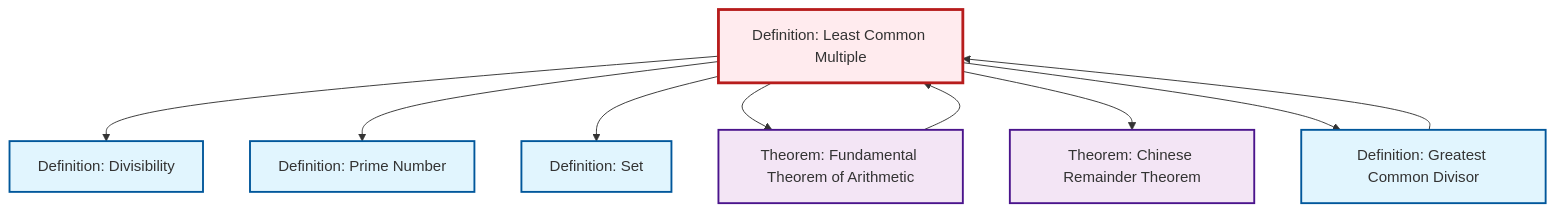
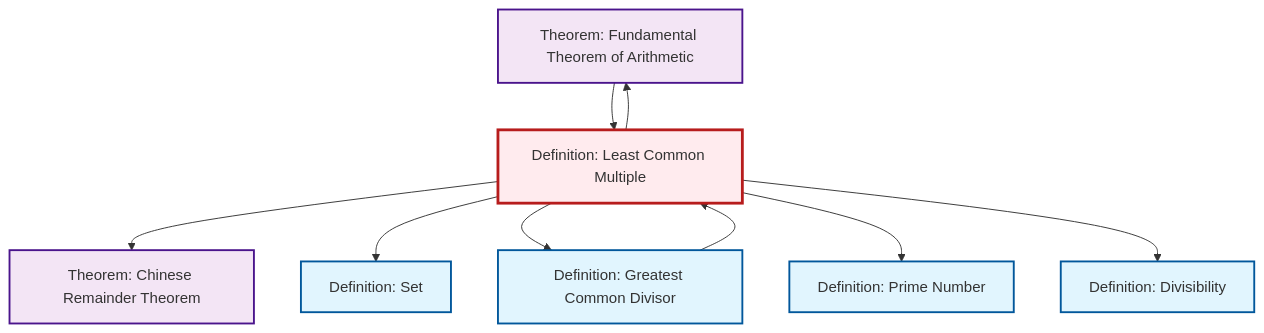
The diagram in content/en/number-theory/def-lcm.qmd (RK0429/ModernMath), drawn with Mermaid before and after one commit. The commit also changed other lines of this file and 328 other files, not shown here.

````diff
--- a/content/en/number-theory/def-lcm.qmd
+++ b/content/en/number-theory/def-lcm.qmd
@@ -83,31 +83,31 @@
 ```{mermaid}
 %%| fig-cap: "Local dependency graph"
 graph TD
     classDef definition fill:#e1f5fe,stroke:#01579b,stroke-width:2px
     classDef theorem fill:#f3e5f5,stroke:#4a148c,stroke-width:2px
     classDef axiom fill:#fff3e0,stroke:#e65100,stroke-width:2px
     classDef example fill:#e8f5e9,stroke:#1b5e20,stroke-width:2px
     classDef current fill:#ffebee,stroke:#b71c1c,stroke-width:3px
+    thm-fundamental-arithmetic["Theorem: Fundamental Theorem of Arithmetic"]:::theorem
+    thm-chinese-remainder["Theorem: Chinese Remainder Theorem"]:::theorem
+    def-lcm["Definition: Least Common Multiple"]:::definition
     def-set["Definition: Set"]:::definition
-    def-lcm["Definition: Least Common Multiple"]:::definition
-    thm-fundamental-arithmetic["Theorem: Fundamental Theorem of Arithmetic"]:::theorem
+    def-divisibility["Definition: Divisibility"]:::definition
+    def-gcd["Definition: Greatest Common Divisor"]:::definition
     def-prime["Definition: Prime Number"]:::definition
-    def-gcd["Definition: Greatest Common Divisor"]:::definition
-    thm-chinese-remainder["Theorem: Chinese Remainder Theorem"]:::theorem
-    def-divisibility["Definition: Divisibility"]:::definition
-    def-lcm --> def-divisibility
-    def-lcm --> def-prime
-    thm-fundamental-arithmetic --> def-lcm
+    def-lcm --> thm-chinese-remainder
     def-lcm --> def-set
     def-lcm --> thm-fundamental-arithmetic
-    def-lcm --> thm-chinese-remainder
+    def-lcm --> def-gcd
+    thm-fundamental-arithmetic --> def-lcm
+    def-lcm --> def-prime
     def-gcd --> def-lcm
-    def-lcm --> def-gcd
+    def-lcm --> def-divisibility
     class def-lcm current
+    click thm-fundamental-arithmetic "thm-fundamental-arithmetic.html" "Go to Fundamental Theorem of Arithmetic theorem"
+    click thm-chinese-remainder "thm-chinese-remainder.html" "Go to Chinese Remainder Theorem theorem"
     click def-set "def-set.html" "Go to Set definition"
-    click thm-fundamental-arithmetic "thm-fundamental-arithmetic.html" "Go to Fundamental Theorem of Arithmetic theorem"
+    click def-divisibility "def-divisibility.html" "Go to Divisibility definition"
+    click def-gcd "def-gcd.html" "Go to Greatest Common Divisor definition"
     click def-prime "def-prime.html" "Go to Prime Number definition"
-    click def-gcd "def-gcd.html" "Go to Greatest Common Divisor definition"
-    click thm-chinese-remainder "thm-chinese-remainder.html" "Go to Chinese Remainder Theorem theorem"
-    click def-divisibility "def-divisibility.html" "Go to Divisibility definition"
 ```
````
